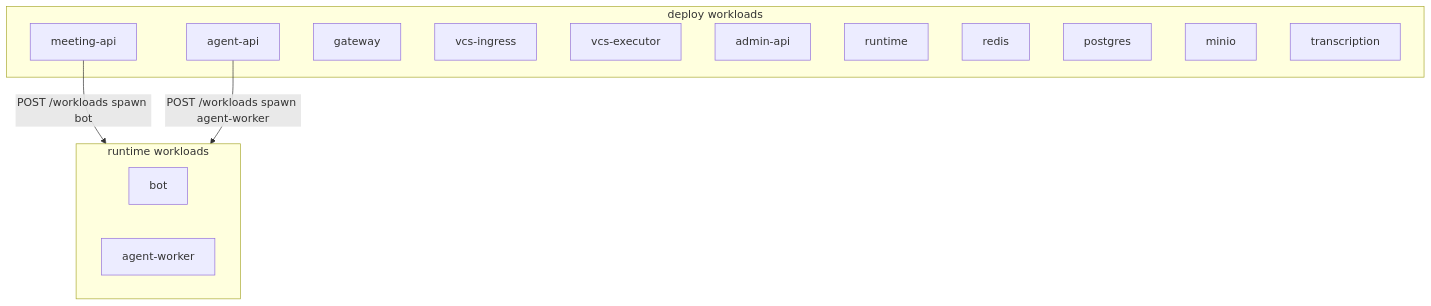
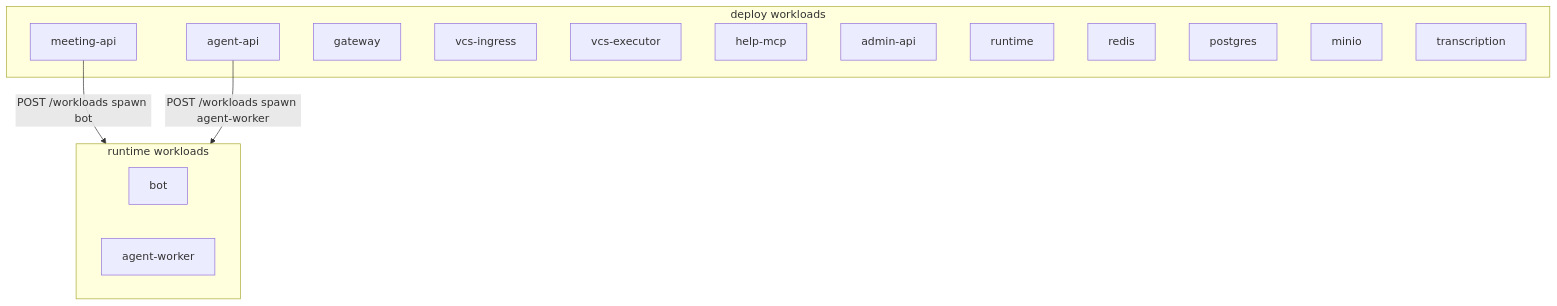
The diagram in docs/views/deployment.mmd (DmitriyG228/vexa), drawn with Mermaid before and after one commit. The commit also changed 36 other files, not shown here.

```diff
--- a/docs/views/deployment.mmd
+++ b/docs/views/deployment.mmd
@@ -1,21 +1,22 @@
 %% GENERATED — pnpm arch:dsl --write
 flowchart TB
   subgraph runtime_wl["runtime workloads"]
     bot["bot"]
     agent_worker["agent-worker"]
   end
   meeting_api -->|"POST /workloads spawn bot"| runtime_wl
   agent_api -->|"POST /workloads spawn agent-worker"| runtime_wl
   subgraph deploy_wl["deploy workloads"]
     gateway["gateway"]
     meeting_api["meeting-api"]
     agent_api["agent-api"]
     vcs_ingress["vcs-ingress"]
     vcs_executor["vcs-executor"]
+    help_mcp["help-mcp"]
     admin_api["admin-api"]
     runtime["runtime"]
     redis["redis"]
     postgres["postgres"]
     minio["minio"]
     transcription["transcription"]
   end
```
